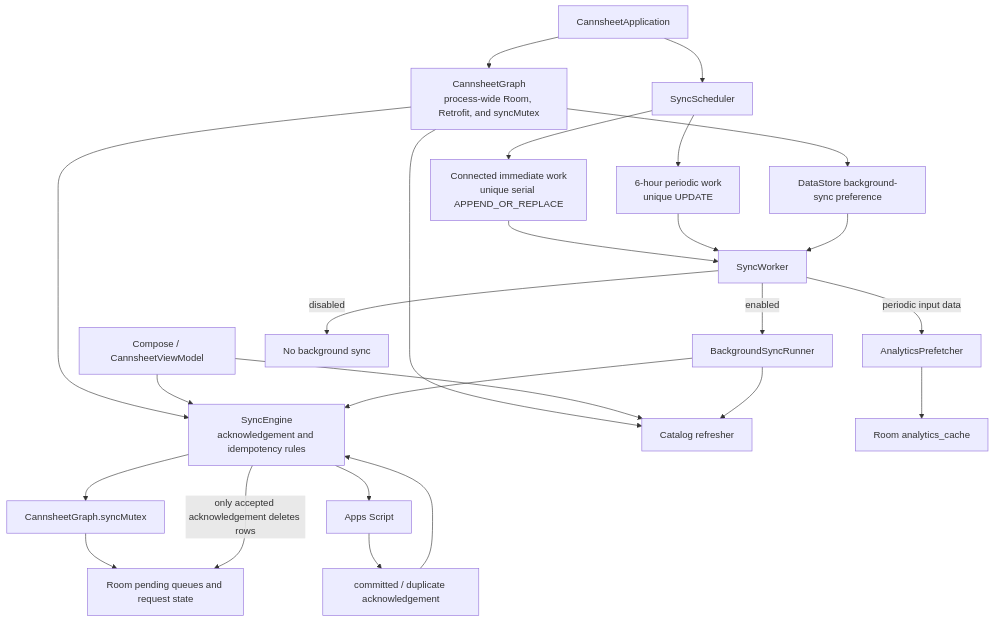
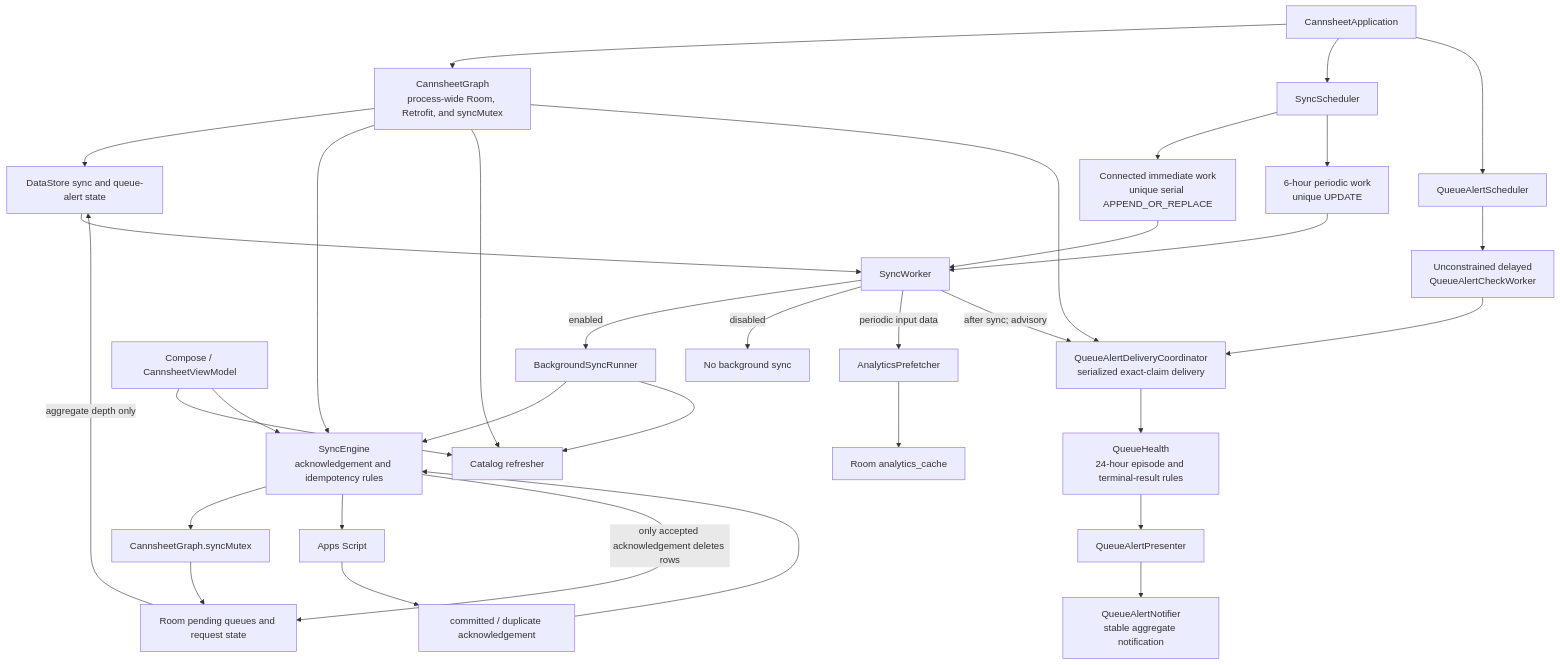
Before and after one commit to noamvb/cannsheet-mobile: the second of 3 diagrams in docs/ARCHITECTURE.md, drawn with Mermaid. The commit also changed other lines of this file and 4 other files, not shown here.

````diff
--- a/docs/ARCHITECTURE.md
+++ b/docs/ARCHITECTURE.md
@@ -76,27 +84,36 @@
 ```mermaid
 flowchart TD
     App["CannsheetApplication"] --> Graph["CannsheetGraph\nprocess-wide Room, Retrofit, and syncMutex"]
-    Graph --> Prefs["DataStore background-sync preference"]
+    Graph --> Prefs["DataStore sync and queue-alert state"]
     Graph --> Engine["SyncEngine\nacknowledgement and idempotency rules"]
     Graph --> Refresher["Catalog refresher"]
+    Graph --> AlertDelivery["QueueAlertDeliveryCoordinator\nserialized exact-claim delivery"]
     App --> Scheduler["SyncScheduler"]
+    App --> AlertScheduler["QueueAlertScheduler"]
     UI["Compose / CannsheetViewModel"] --> Refresher
     UI --> Engine
     Scheduler --> Immediate["Connected immediate work\nunique serial APPEND_OR_REPLACE"]
     Scheduler --> Periodic["6-hour periodic work\nunique UPDATE"]
     Immediate --> Worker["SyncWorker"]
     Periodic --> Worker
     Prefs --> Worker
     Worker -->|enabled| Runner["BackgroundSyncRunner"]
     Worker -->|disabled| Stop["No background sync"]
     Runner --> Engine
     Runner --> Refresher
     Engine --> Mutex["CannsheetGraph.syncMutex"]
     Mutex --> Queue["Room pending queues and request state"]
     Engine --> HTTP["Apps Script"]
     HTTP --> Ack["committed / duplicate acknowledgement"]
     Ack --> Engine
     Engine -->|only accepted acknowledgement deletes rows| Queue
     Worker -->|periodic input data| Prefetcher["AnalyticsPrefetcher"]
     Prefetcher --> Cache["Room analytics_cache"]
+    Queue -->|aggregate depth only| Prefs
+    Worker -->|after sync; advisory| AlertDelivery
+    AlertScheduler --> AlertCheck["Unconstrained delayed\nQueueAlertCheckWorker"]
+    AlertCheck --> AlertDelivery
+    AlertDelivery --> Health["QueueHealth\n24-hour episode and terminal-result rules"]
+    Health --> Presenter["QueueAlertPresenter"]
+    Presenter --> Notifier["QueueAlertNotifier\nstable aggregate notification"]
 ```
````
